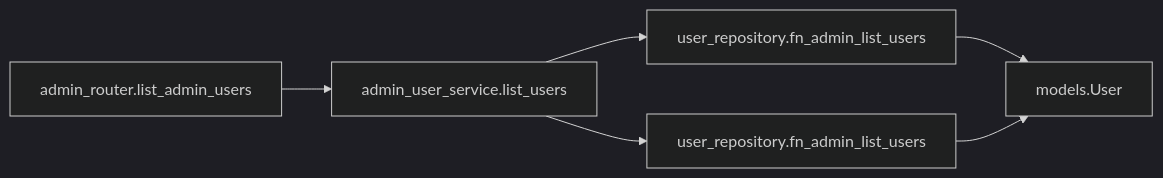
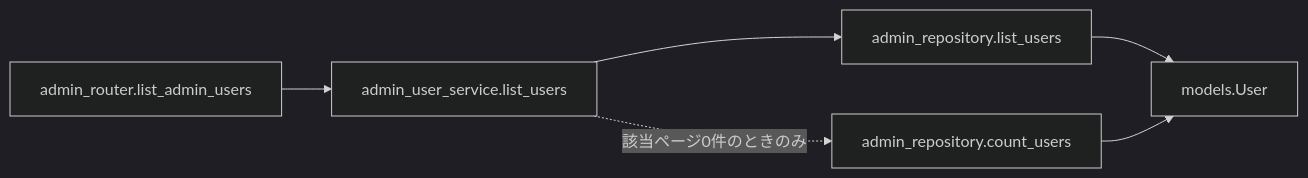
The third of 4 diagrams in docs/detailed_design/api/admin/01_get_admin_users.md (oikawa-d/task_management), drawn with Mermaid (dark theme) before and after one commit. The commit also changed other lines of this file and 28 other files, not shown here.

````diff
--- a/docs/detailed_design/api/admin/01_get_admin_users.md
+++ b/docs/detailed_design/api/admin/01_get_admin_users.md
@@ -194,8 +198,8 @@
 ```mermaid
 flowchart LR
     R["admin_router.list_admin_users"] --> S["admin_user_service.list_users"]
-    S --> RP1["user_repository.fn_admin_list_users"]
-    S --> RP2["user_repository.fn_admin_list_users"]
+    S --> RP1["admin_repository.list_users"]
+    S -.->|"該当ページ0件のときのみ"| RP2["admin_repository.count_users"]
     RP1 --> M["models.User"]
     RP2 --> M
 ```
````
